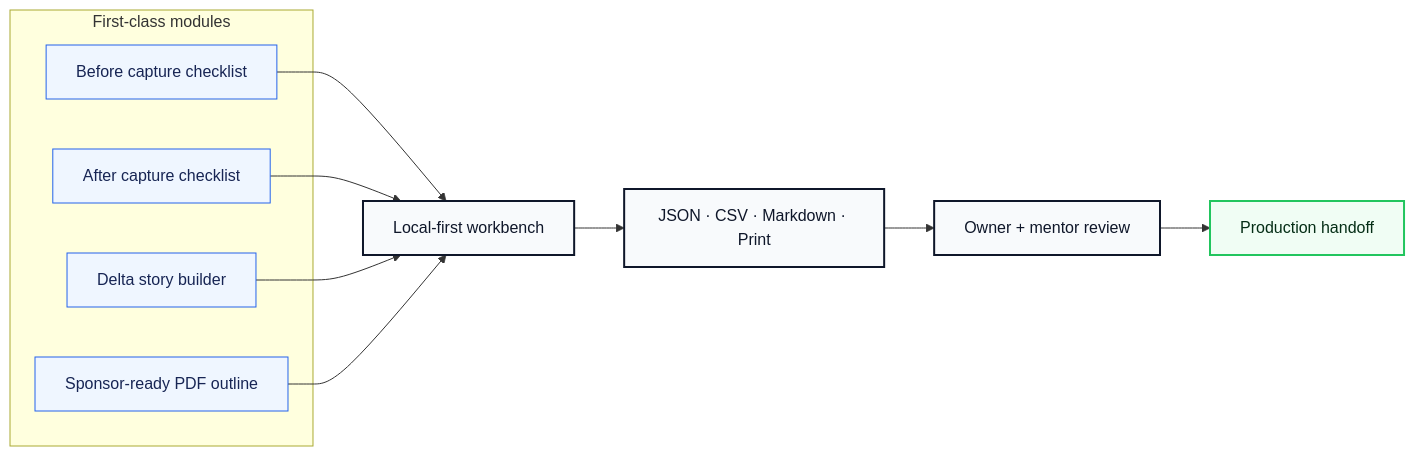
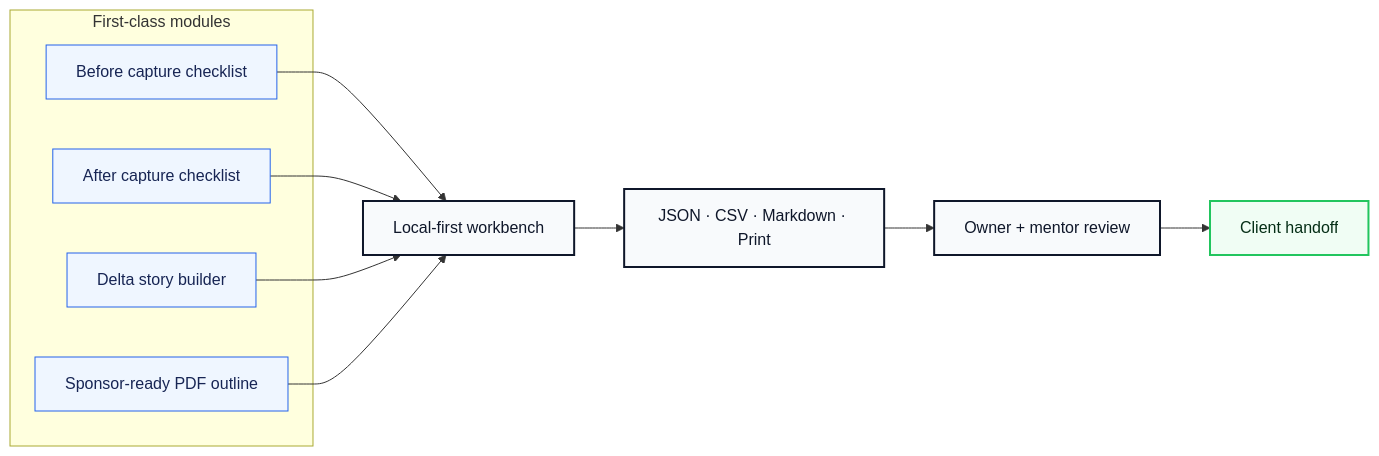
Before and after one commit to volta-npo/storefront-snapshot: the second of 3 diagrams in README.md, drawn with Mermaid. The commit also changed other lines of this file and 28 other files, not shown here.

````diff
--- a/README.md
+++ b/README.md
@@ -64,23 +64,23 @@
 ```mermaid
 flowchart LR
     subgraph Modules["First-class modules"]
         M1["Before capture checklist"]
         M2["After capture checklist"]
         M3["Delta story builder"]
         M4["Sponsor-ready PDF outline"]
     end
     M1 --> Workbench
     M2 --> Workbench
     M3 --> Workbench
     M4 --> Workbench
     Workbench["Local-first workbench"] --> Exports["JSON · CSV · Markdown · Print"]
     Exports --> Review["Owner + mentor review"]
-    Review --> Launch["Production handoff"]
+    Review --> Launch["Client handoff"]
 
     classDef module fill:#eff6ff,stroke:#2563eb,color:#172554;
     classDef app fill:#f8fafc,stroke:#0f172a,color:#0f172a,stroke-width:2px;
     classDef launch fill:#f0fdf4,stroke:#22c55e,color:#052e16,stroke-width:2px;
     class M1,M2,M3,M4 module;
     class Workbench,Exports,Review app;
     class Launch launch;
 ```
````
